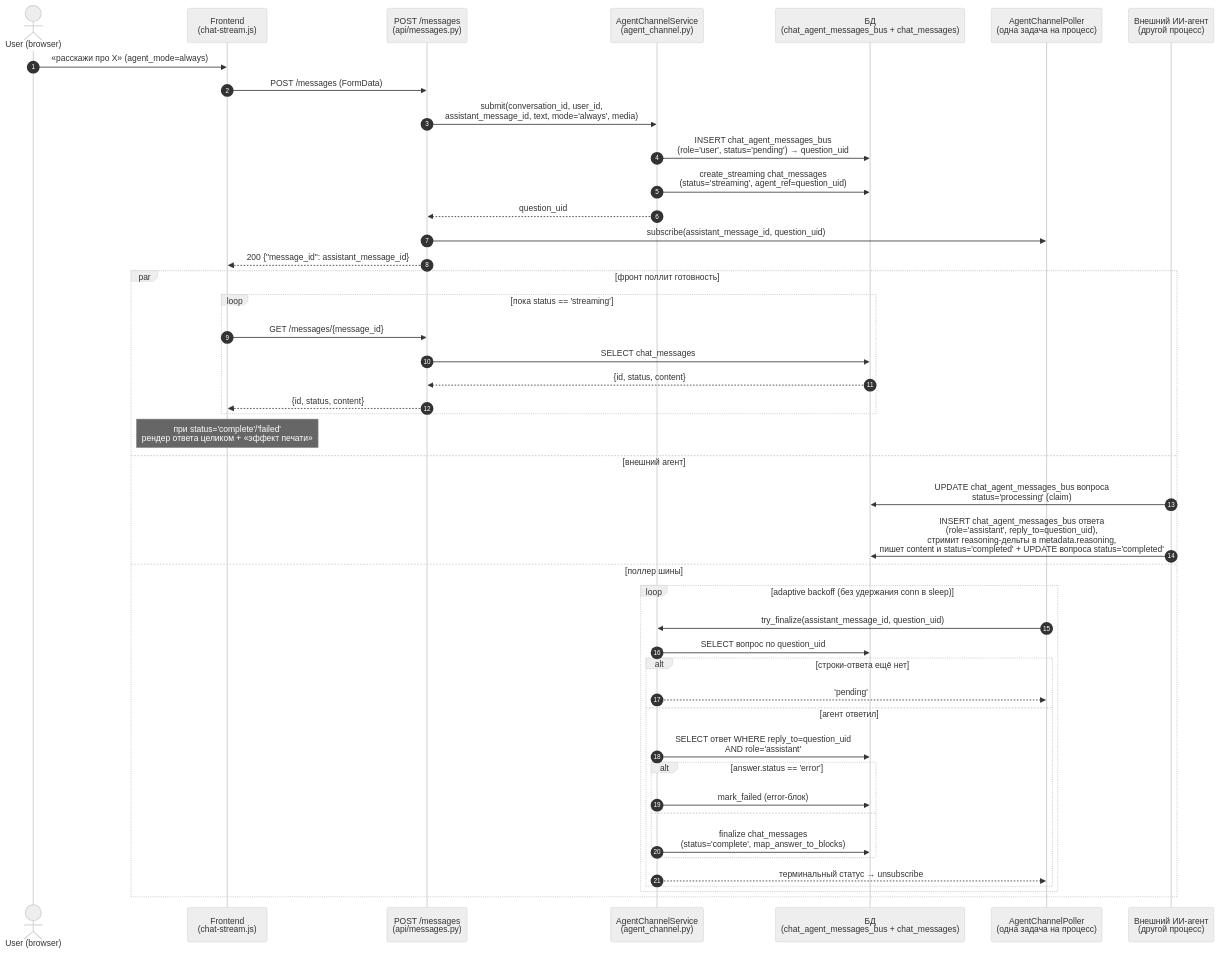
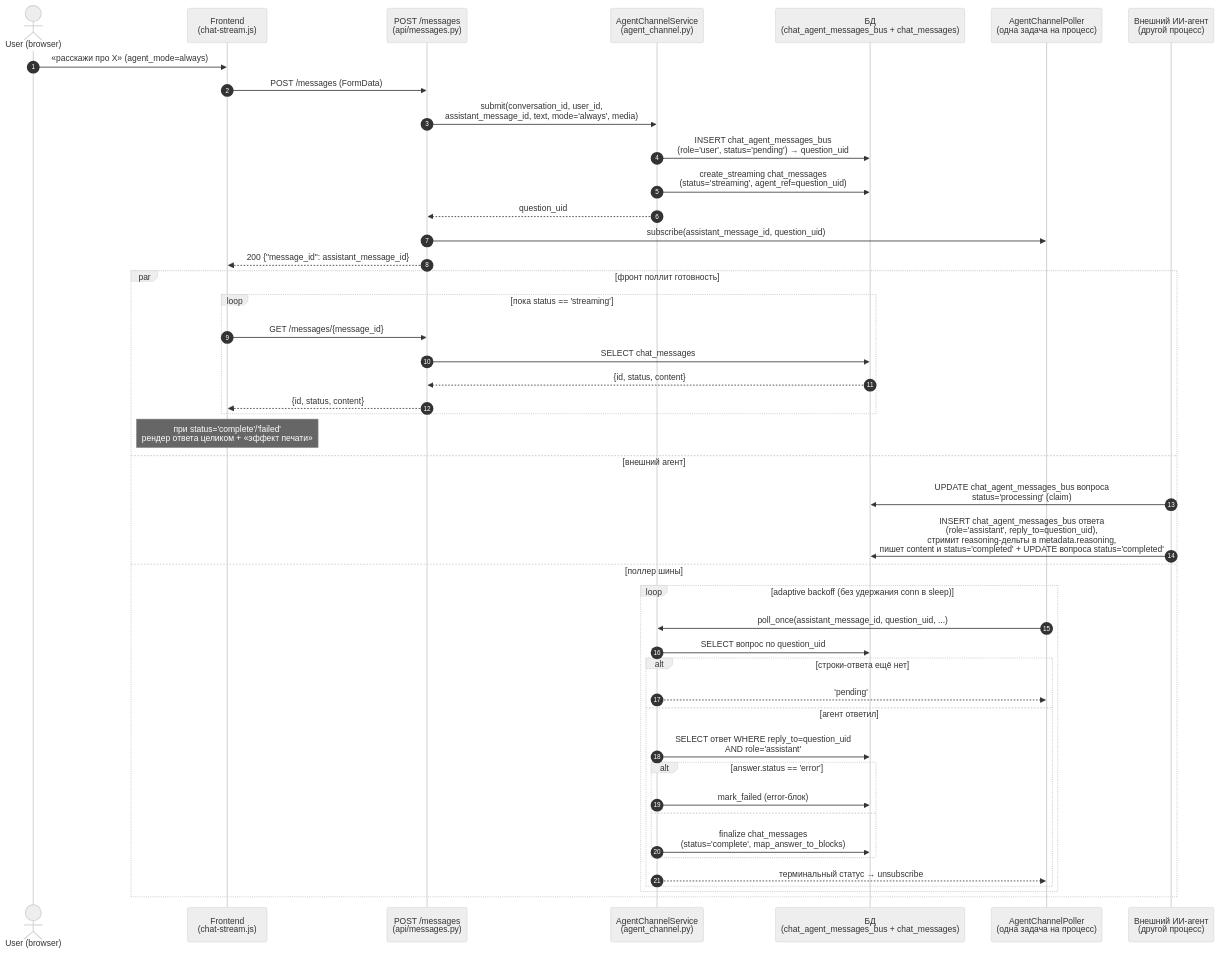
One commit to mr-Dees/Act-Constructor changed the first of 2 diagrams in docs/architecture/agent-channel-sequence.md. Above: the diagram before and after it, drawn with Mermaid (neutral theme). The commit also changed other lines of this file and 7 other files, not shown here.

````diff
--- a/docs/architecture/agent-channel-sequence.md
+++ b/docs/architecture/agent-channel-sequence.md
@@ -49,49 +49,49 @@
 ```mermaid
 sequenceDiagram
     autonumber
     actor U as User (browser)
     participant F as Frontend<br/>(chat-stream.js)
     participant API as POST /messages<br/>(api/messages.py)
     participant CS as AgentChannelService<br/>(agent_channel.py)
     participant DB as БД<br/>(chat_agent_messages_bus + chat_messages)
     participant POLL as AgentChannelPoller<br/>(одна задача на процесс)
     participant EXT as Внешний ИИ-агент<br/>(другой процесс)
 
     U->>F: «расскажи про X» (agent_mode=always)
     F->>API: POST /messages (FormData)
     API->>CS: submit(conversation_id, user_id,<br/>assistant_message_id, text, mode='always', media)
     CS->>DB: INSERT chat_agent_messages_bus<br/>(role='user', status='pending') → question_uid
     CS->>DB: create_streaming chat_messages<br/>(status='streaming', agent_ref=question_uid)
     CS-->>API: question_uid
     API->>POLL: subscribe(assistant_message_id, question_uid)
     API-->>F: 200 {"message_id": assistant_message_id}
 
     par фронт поллит готовность
         loop пока status == 'streaming'
             F->>API: GET /messages/{message_id}
             API->>DB: SELECT chat_messages
             DB-->>API: {id, status, content}
             API-->>F: {id, status, content}
         end
         Note over F: при status='complete'/'failed'<br/>рендер ответа целиком + «эффект печати»
     and внешний агент
         EXT->>DB: UPDATE chat_agent_messages_bus вопроса<br/>status='processing' (claim)
         EXT->>DB: INSERT chat_agent_messages_bus ответа<br/>(role='assistant', reply_to=question_uid),<br/>стримит reasoning-дельты в metadata.reasoning,<br/>пишет content и status='completed' + UPDATE вопроса status='completed'
     and поллер шины
         loop adaptive backoff (без удержания conn в sleep)
-            POLL->>CS: try_finalize(assistant_message_id, question_uid)
+            POLL->>CS: poll_once(assistant_message_id, question_uid, ...)
             CS->>DB: SELECT вопрос по question_uid
             alt строки-ответа ещё нет
                 CS-->>POLL: 'pending'
             else агент ответил
                 CS->>DB: SELECT ответ WHERE reply_to=question_uid<br/>AND role='assistant'
                 alt answer.status == 'error'
                     CS->>DB: mark_failed (error-блок)
                 else
                     CS->>DB: finalize chat_messages<br/>(status='complete', map_answer_to_blocks)
                 end
                 CS-->>POLL: терминальный статус → unsubscribe
             end
         end
     end
 ```
````
